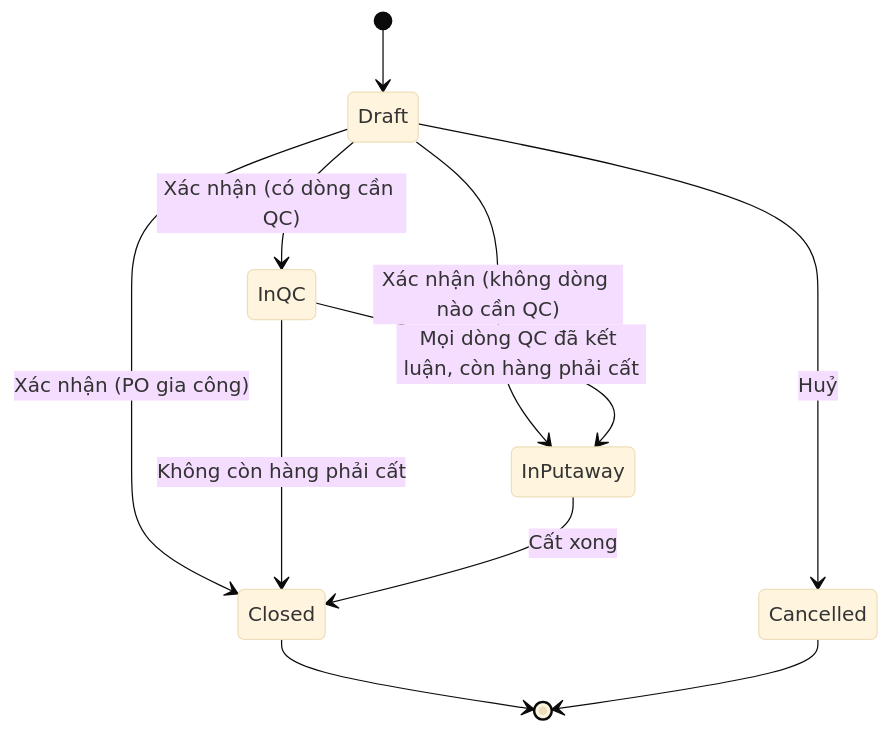
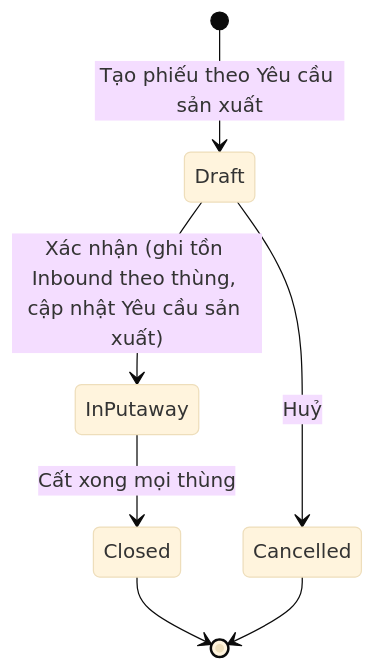
Before and after one commit to KLTN-FA26/docs: the diagram in docs/warehouse/03-receipt/README.md, drawn with Mermaid (base theme). The commit also changed other lines of this file and 26 other files, not shown here.

````diff
--- a/docs/warehouse/03-receipt/README.md
+++ b/docs/warehouse/03-receipt/README.md
@@ -147,13 +130,9 @@
 ```mermaid
 stateDiagram-v2
-    [*] --> Draft
-    Draft --> InQC: Xác nhận (có dòng cần QC)
-    Draft --> InPutaway: Xác nhận (không dòng nào cần QC)
-    Draft --> Closed: Xác nhận (PO gia công)
+    [*] --> Draft: Tạo phiếu theo Yêu cầu sản xuất
+    Draft --> InPutaway: Xác nhận (ghi tồn Inbound theo thùng, cập nhật Yêu cầu sản xuất)
     Draft --> Cancelled: Huỷ
-    InQC --> InPutaway: Mọi dòng QC đã kết luận, còn hàng phải cất
-    InQC --> Closed: Không còn hàng phải cất
-    InPutaway --> Closed: Cất xong
+    InPutaway --> Closed: Cất xong mọi thùng
     Closed --> [*]
     Cancelled --> [*]
 ```
````
